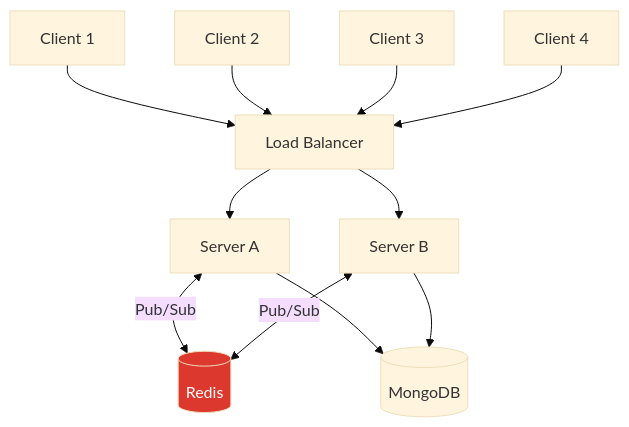
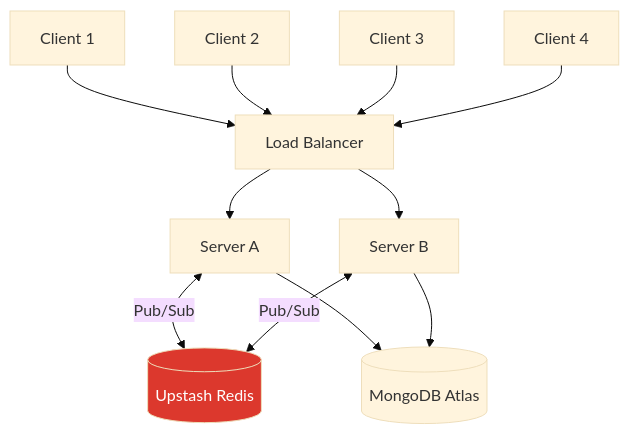
Diagram 17 of 19 in README.md (Priyansh9506/Hive), drawn with Mermaid (base theme) before and after one commit. The commit also changed other lines of this file and 52 other files, not shown here.

````diff
--- a/README.md
+++ b/README.md
@@ -944,18 +1173,18 @@
 ```mermaid
 graph TB
     C1["Client 1"] --> LB["Load Balancer"]
     C2["Client 2"] --> LB
     C3["Client 3"] --> LB
     C4["Client 4"] --> LB
 
     LB --> S1["Server A"]
     LB --> S2["Server B"]
 
-    S1 <-->|Pub/Sub| REDIS[(Redis)]
+    S1 <-->|Pub/Sub| REDIS[(Upstash Redis)]
     S2 <-->|Pub/Sub| REDIS
 
-    S1 --> MONGO[(MongoDB)]
+    S1 --> MONGO[(MongoDB Atlas)]
     S2 --> MONGO
 
     style REDIS fill:#DC382D,color:#fff
 ```
````
